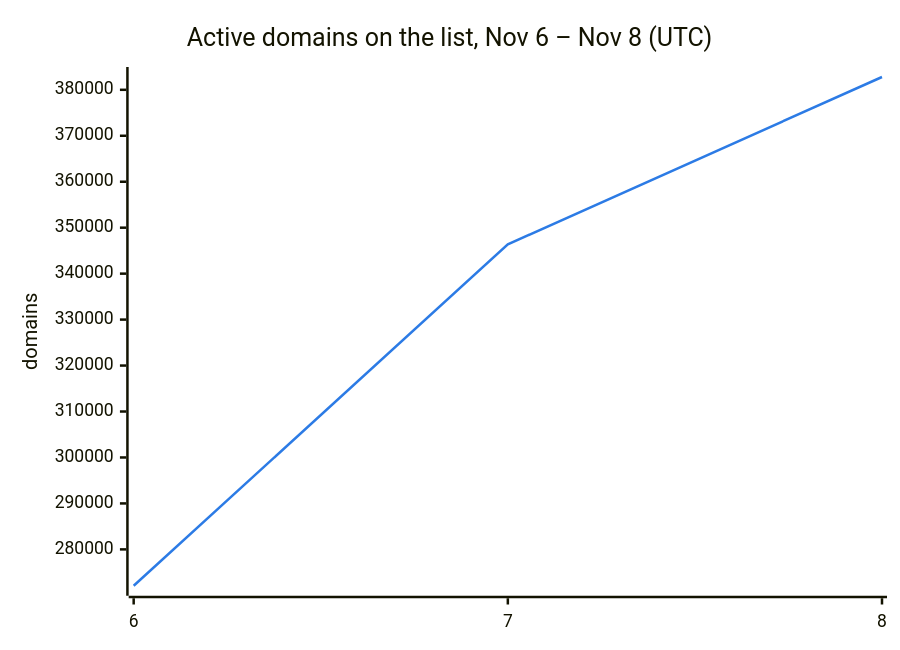
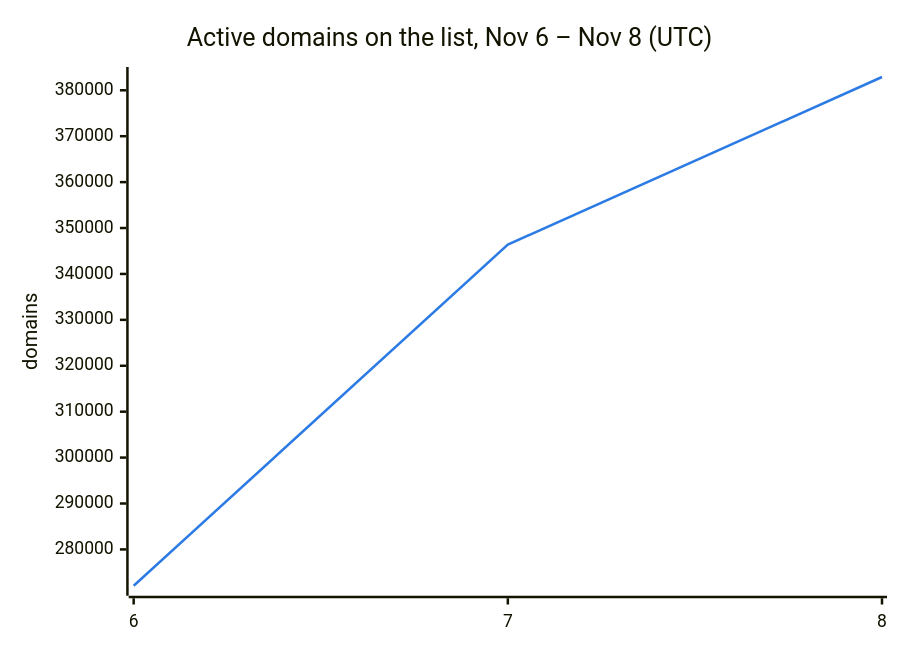
One commit to DNSBunker/CTI changed the second of 3 diagrams in README.md. Above: the diagram before and after it, drawn with Mermaid. The commit also changed other lines of this file and 3 other files, not shown here.

````diff
--- a/README.md
+++ b/README.md
@@ -38,8 +38,8 @@
 ```mermaid
 %%{init: {"themeVariables": {"xyChart": {"plotColorPalette": "#2c7be5"}}}}%%
 xychart-beta
     title "Active domains on the list, Nov 6 – Nov 8 (UTC)"
     x-axis ["6", "7", "8"]
     y-axis "domains"
-    line [272088, 346388, 382787]
+    line [272088, 346388, 382894]
 ```
````
